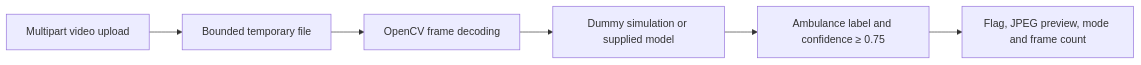
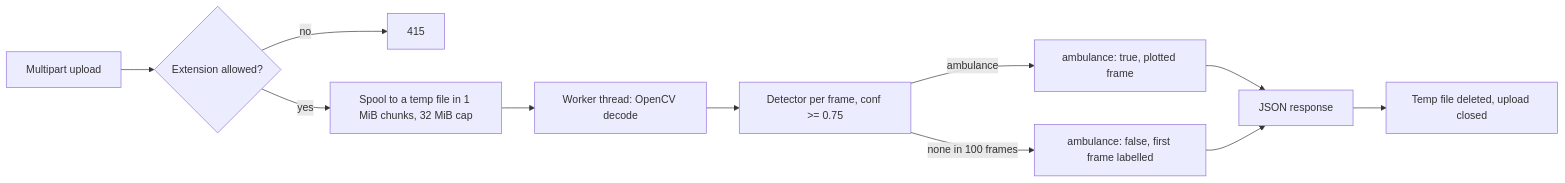
One commit to omar-sajid6627/smart-traffic-signal-control changed the diagram in README.md. Above: the diagram before and after it, drawn with Mermaid. The commit also changed other lines of this file, not shown here.

````diff
--- a/README.md
+++ b/README.md
@@ -47,8 +113,13 @@
 ```mermaid
 flowchart LR
-  U[Multipart video upload] --> B[Bounded temporary file]
-  B --> D[OpenCV frame decoding]
-  D --> M[Dummy simulation or supplied model]
-  M --> T[Ambulance label and confidence ≥ 0.75]
-  T --> R[Flag, JPEG preview, mode and frame count]
+  U[Multipart upload] --> X{Extension allowed?}
+  X -- no --> E415[415]
+  X -- yes --> S[Spool to a temp file in 1 MiB chunks, 32 MiB cap]
+  S --> W[Worker thread: OpenCV decode]
+  W --> P[Detector per frame, conf >= 0.75]
+  P -- ambulance --> Y[ambulance: true, plotted frame]
+  P -- none in 100 frames --> N[ambulance: false, first frame labelled]
+  Y --> R[JSON response]
+  N --> R
+  R --> C[Temp file deleted, upload closed]
 ```
````
